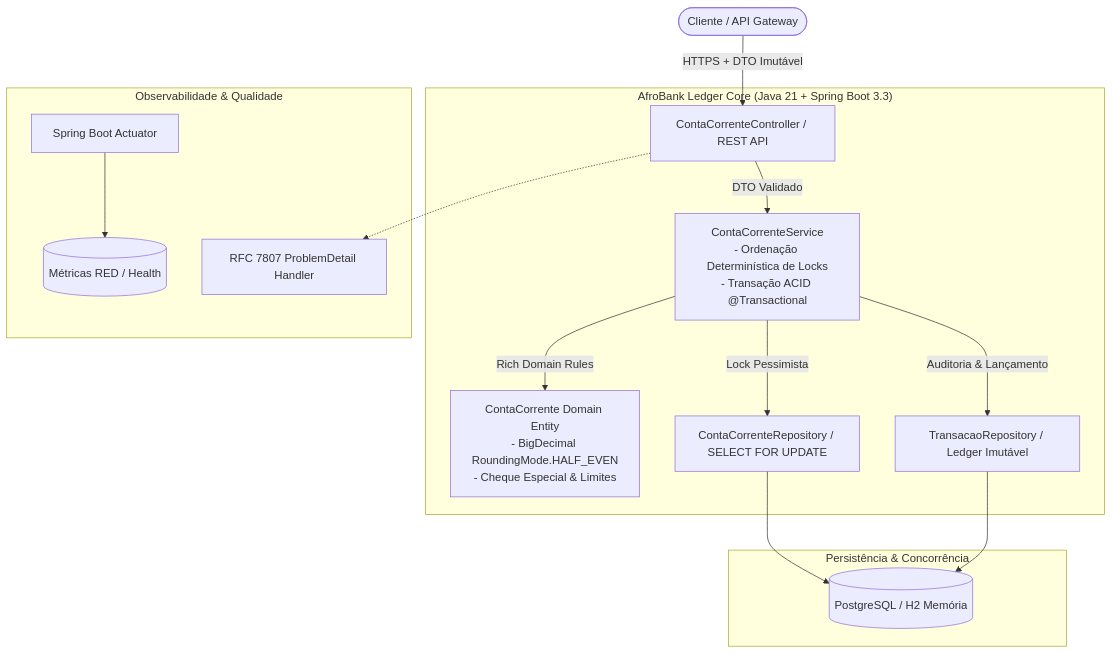
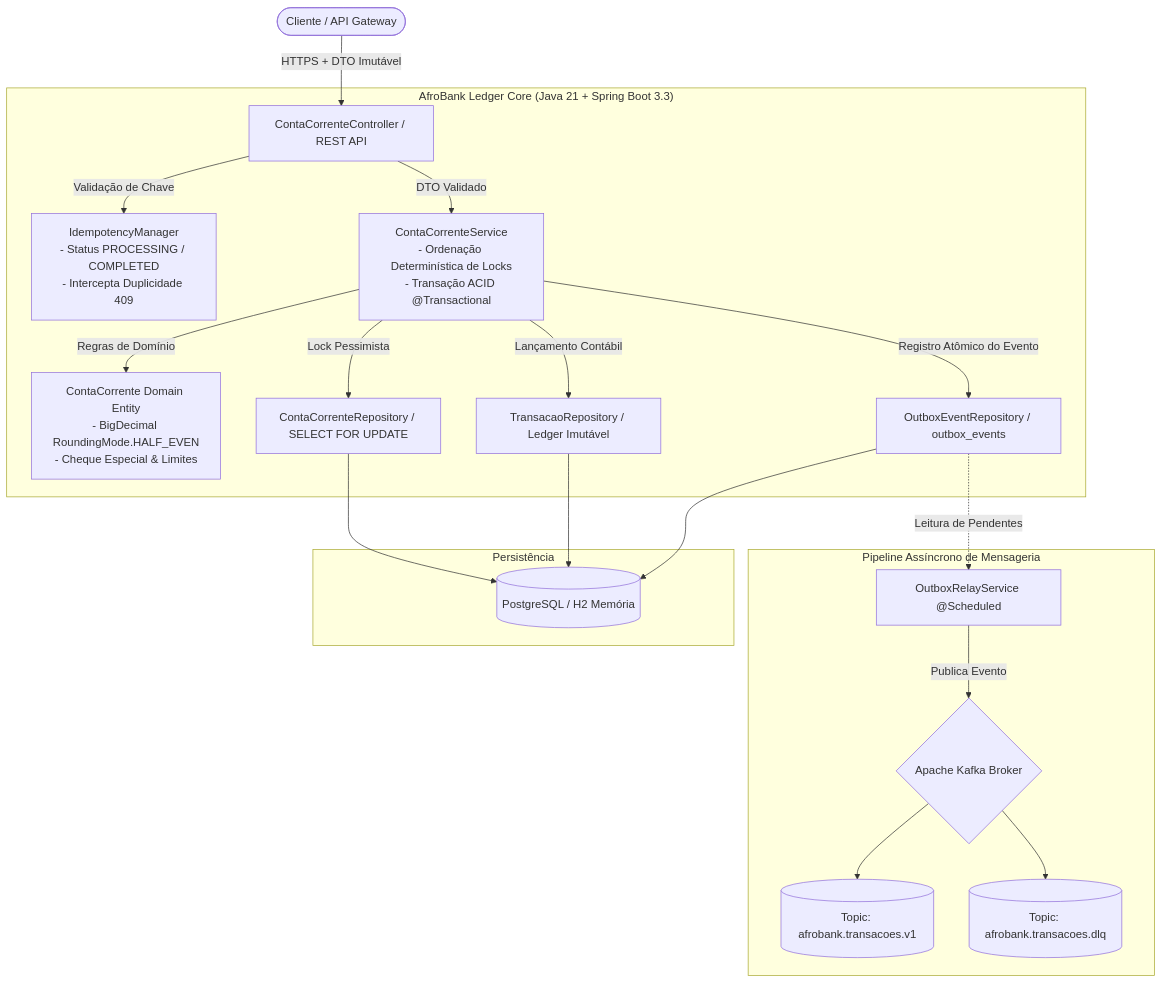
One commit to julianachavespalm/afrobank-ledger changed the first of 3 diagrams in README.md. Above: the diagram before and after it, drawn with Mermaid. The commit also changed other lines of this file and 2 other files, not shown here.

````diff
--- a/README.md
+++ b/README.md
@@ -24,21 +46,26 @@
 ```mermaid
 flowchart TD
     Client([Cliente / API Gateway]) -->|HTTPS + DTO Imutável| Controller[ContaCorrenteController / REST API]
     
     subgraph CoreApplication["AfroBank Ledger Core (Java 21 + Spring Boot 3.3)"]
+        Controller -->|Validação de Chave| IdemManager[IdempotencyManager<br/>- Status PROCESSING / COMPLETED<br/>- Intercepta Duplicidade 409]
         Controller -->|DTO Validado| Service[ContaCorrenteService<br/>- Ordenação Determinística de Locks<br/>- Transação ACID @Transactional]
-        Service -->|Rich Domain Rules| Domain[ContaCorrente Domain Entity<br/>- BigDecimal RoundingMode.HALF_EVEN<br/>- Cheque Especial & Limites]
-        Service -->|Auditoria & Lançamento| LedgerRepo[TransacaoRepository / Ledger Imutável]
+        Service -->|Regras de Domínio| Domain[ContaCorrente Domain Entity<br/>- BigDecimal RoundingMode.HALF_EVEN<br/>- Cheque Especial & Limites]
+        Service -->|Lançamento Contábil| LedgerRepo[TransacaoRepository / Ledger Imutável]
         Service -->|Lock Pessimista| AccountRepo[ContaCorrenteRepository / SELECT FOR UPDATE]
+        Service -->|Registro Atômico do Evento| OutboxRepo[OutboxEventRepository / outbox_events]
     end
 
-    subgraph PersistenceLayer["Persistência & Concorrência"]
+    subgraph AsyncPipeline["Pipeline Assíncrono de Mensageria"]
+        OutboxRepo -.->|Leitura de Pendentes| OutboxRelay[OutboxRelayService @Scheduled]
+        OutboxRelay -->|Publica Evento| KafkaBroker{Apache Kafka Broker}
+        KafkaBroker --> TopicMain[(Topic: afrobank.transacoes.v1)]
+        KafkaBroker --> TopicDLQ[(Topic: afrobank.transacoes.dlq)]
+    end
+
+    subgraph PersistenceLayer["Persistência"]
         AccountRepo --> DB[(PostgreSQL / H2 Memória)]
         LedgerRepo --> DB
-    end
-
-    subgraph ObservabilityLayer["Observabilidade & Qualidade"]
-        Actuator[Spring Boot Actuator] --> Prometheus[(Métricas RED / Health)]
-        Controller -.-> ProblemDetail[RFC 7807 ProblemDetail Handler]
+        OutboxRepo --> DB
     end
 ```
````
